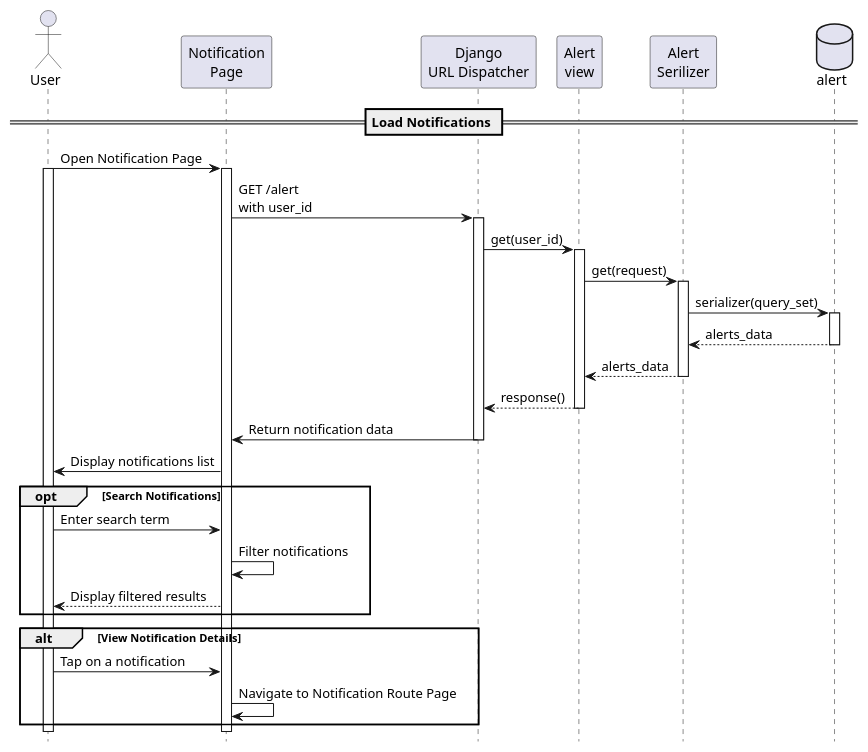
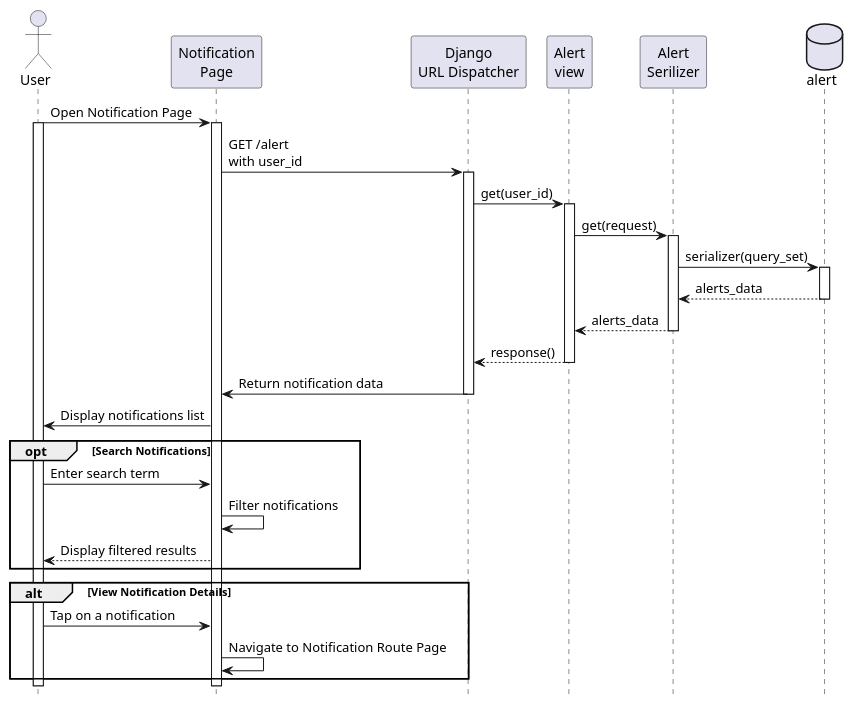
The diagram in notification/notification_screen.puml (KMITL-BusBuddy/diagram), drawn with PlantUML before and after one commit. The commit also changed 11 other files, not shown here.

Commit message:
update last diagram

```diff
--- a/notification/notification_screen.puml
+++ b/notification/notification_screen.puml
@@ -1,54 +1,53 @@
 @startuml notification_screen
 
 hide footbox
 
 actor User
 participant "Notification\nPage" as UI
 participant "Django\nURL Dispatcher" as API
 participant "Alert\nview" as view
 ' participant "Alert\nService" as service
 participant "Alert\nSerilizer" as serializer
 database "alert" as table
 
 
-== Load Notifications ==
 User -> UI: Open Notification Page
 activate User
 activate UI
 UI -> API: GET /alert \nwith user_id
 activate API
 
 ' API Call
 API -> view: get(user_id)
 activate view
 view -> serializer: get(request)
 activate serializer
 serializer -> table: serializer(query_set)
 activate table
 table --> serializer: alerts_data
 deactivate table
 serializer --> view: alerts_data
 deactivate serializer
 view --> API: response()
 deactivate view
 
 ' Display Notifications
 API -> UI: Return notification data
 deactivate API
 UI -> User: Display notifications list
 
 opt Search Notifications
     User -> UI: Enter search term
     UI -> UI: Filter notifications
     UI --> User: Display filtered results
 end
 
 alt View Notification Details
     User -> UI: Tap on a notification
     UI -> UI: Navigate to Notification Route Page
 end
 
 deactivate UI
 deactivate User
 
 @enduml
```
